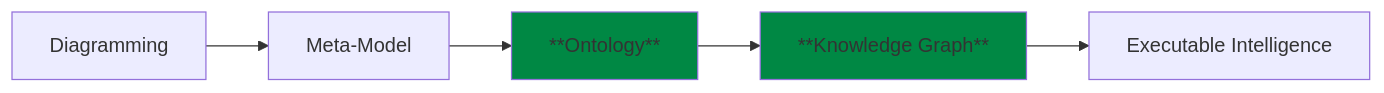
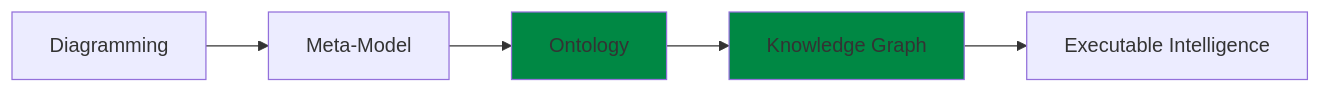
One commit to yasenstar/protege_pizza changed the first of 2 diagrams in ebook/ch08.md. Above: the diagram before and after it, drawn with Mermaid. The commit also changed other lines of this file and 1 other file, not shown here.

````diff
--- a/ebook/ch08.md
+++ b/ebook/ch08.md
@@ -47,6 +47,6 @@
 ```mermaid
 flowchart LR
-A[Diagramming]-->B[Meta-Model]-->C[**Ontology**]:::myStyle
-C-->D[**Knowledge Graph**]:::myStyle-->E[Executable Intelligence]
+A[Diagramming]-->B[Meta-Model]-->C[Ontology]:::myStyle
+C-->D[Knowledge Graph]:::myStyle-->E[Executable Intelligence]
 classDef myStyle fill:#008844
 ```
````
